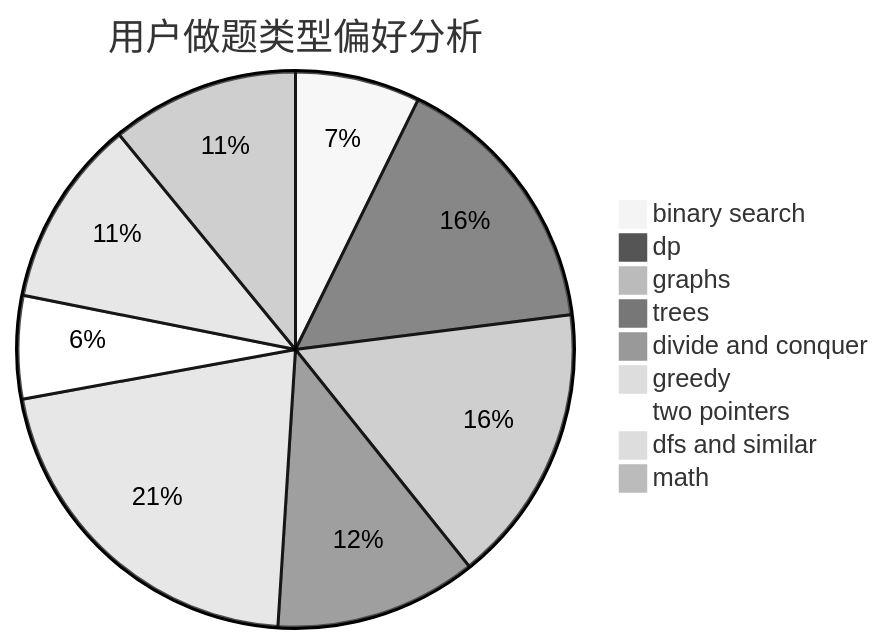
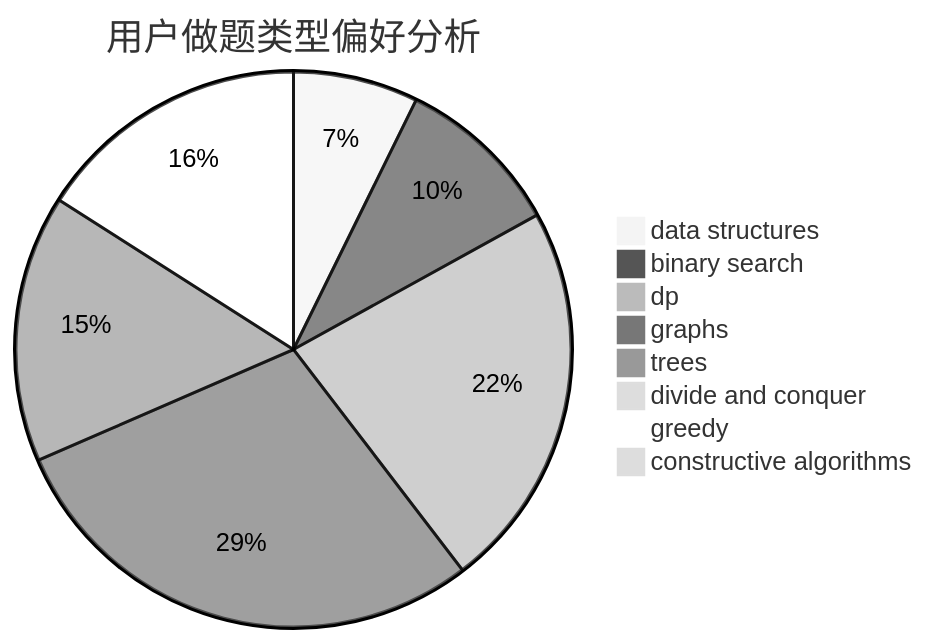
Before and after one commit to sherpahu/cfrs.github.io: the second of 3 diagrams in docs/user/u63.md, drawn with Mermaid (neutral theme). The commit also changed other lines of this file and 2775 other files, not shown here.

````diff
--- a/docs/user/u63.md
+++ b/docs/user/u63.md
@@ -23,12 +23,11 @@
 ```mermaid
 pie title 用户做题类型偏好分析
-    "binary search" :  97
-    "dp" :  210
-    "graphs" :  217
-    "trees" :  157
+    "data structures" :  36
+    "binary search" :  48
+    "dp" :  112
+    "graphs" :  143
+    "trees" :  77
     "divide and conquer" :  1
-    "greedy" :  282
-    "two pointers" :  80
-    "dfs and similar" :  146
-    "math" :  146
+    "greedy" :  79
+    "constructive algorithms" :  3
 ```
````
